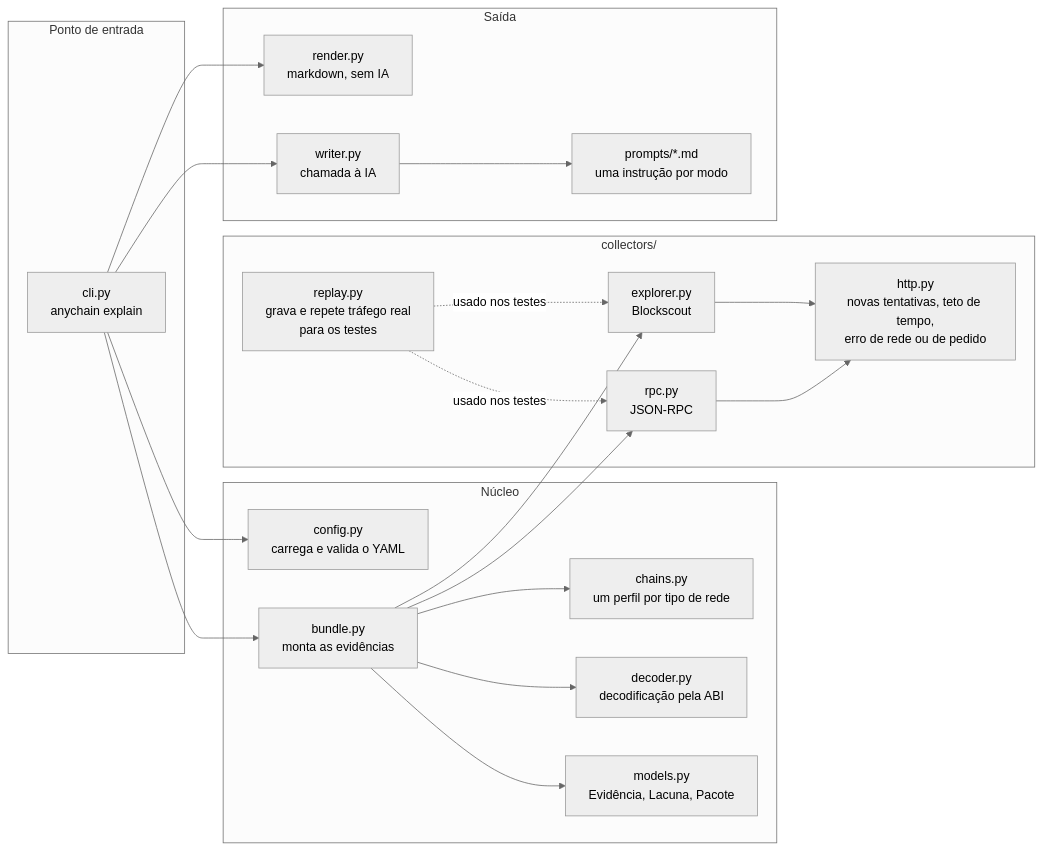
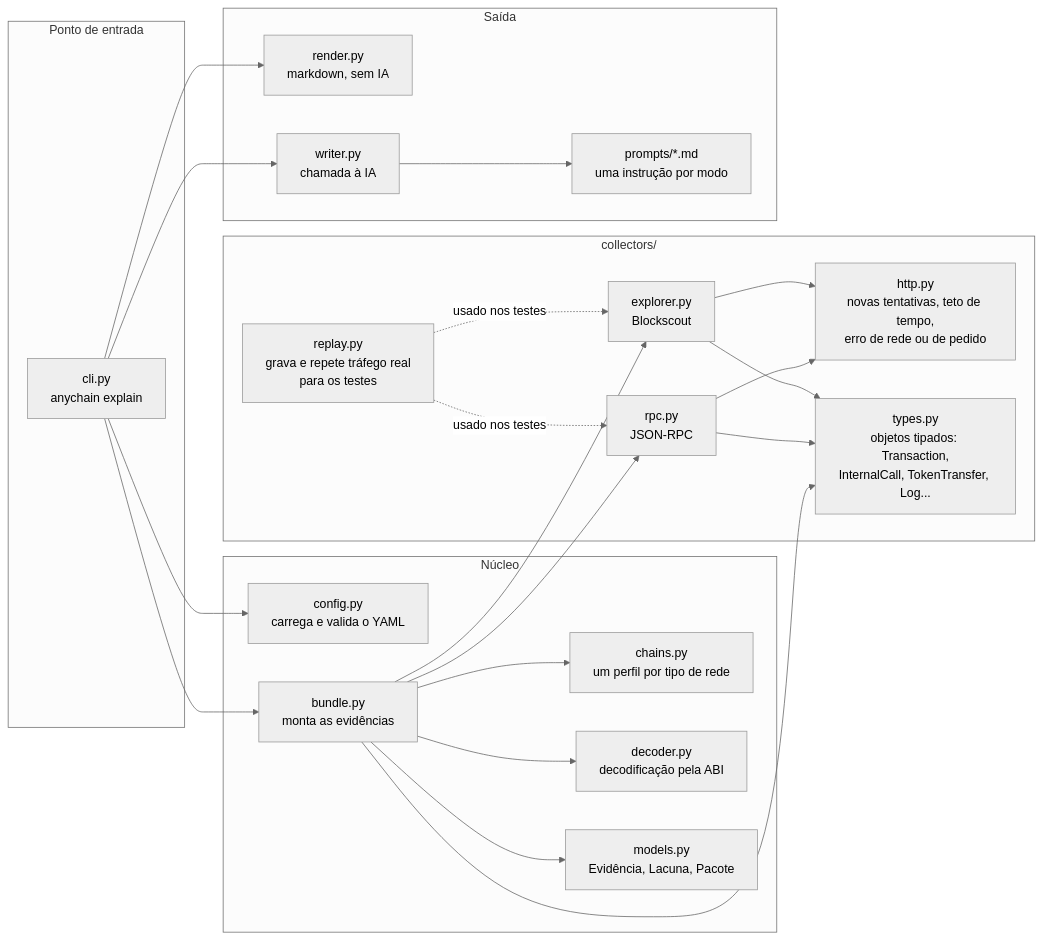
The third of 4 diagrams in docs/ARCHITECTURE.pt-BR.md (Ebaoj/anychain), drawn with Mermaid (neutral theme) before and after one commit. The commit also changed other lines of this file and 2 other files, not shown here.

Commit message:
Docs: D21 typed objects and the differential review; code map in both languages

````diff
--- a/docs/ARCHITECTURE.pt-BR.md
+++ b/docs/ARCHITECTURE.pt-BR.md
@@ -116,42 +116,46 @@
 ```mermaid
 flowchart LR
     subgraph entry["Ponto de entrada"]
         cli["cli.py<br/>anychain explain"]
     end
 
     subgraph core["Núcleo"]
         config["config.py<br/>carrega e valida o YAML"]
         chains["chains.py<br/>um perfil por tipo de rede"]
         bundle["bundle.py<br/>monta as evidências"]
         decoder["decoder.py<br/>decodificação pela ABI"]
         models["models.py<br/>Evidência, Lacuna, Pacote"]
     end
 
     subgraph collectors["collectors/"]
         http["http.py<br/>novas tentativas, teto de tempo,<br/>erro de rede ou de pedido"]
+        types["types.py<br/>objetos tipados: Transaction,<br/>InternalCall, TokenTransfer, Log..."]
         explorer["explorer.py<br/>Blockscout"]
         rpc["rpc.py<br/>JSON-RPC"]
         replay["replay.py<br/>grava e repete tráfego real<br/>para os testes"]
     end
 
     subgraph output["Saída"]
         render["render.py<br/>markdown, sem IA"]
         writer["writer.py<br/>chamada à IA"]
         prompts["prompts/*.md<br/>uma instrução por modo"]
     end
 
     cli --> config
     cli --> bundle
     cli --> render
     cli --> writer
     bundle --> explorer
     bundle --> rpc
     bundle --> decoder
     bundle --> models
     bundle --> chains
     explorer --> http
     rpc --> http
+    explorer --> types
+    rpc --> types
+    bundle --> types
     writer --> prompts
     replay -.usado nos testes.-> explorer
     replay -.usado nos testes.-> rpc
 ```
````
